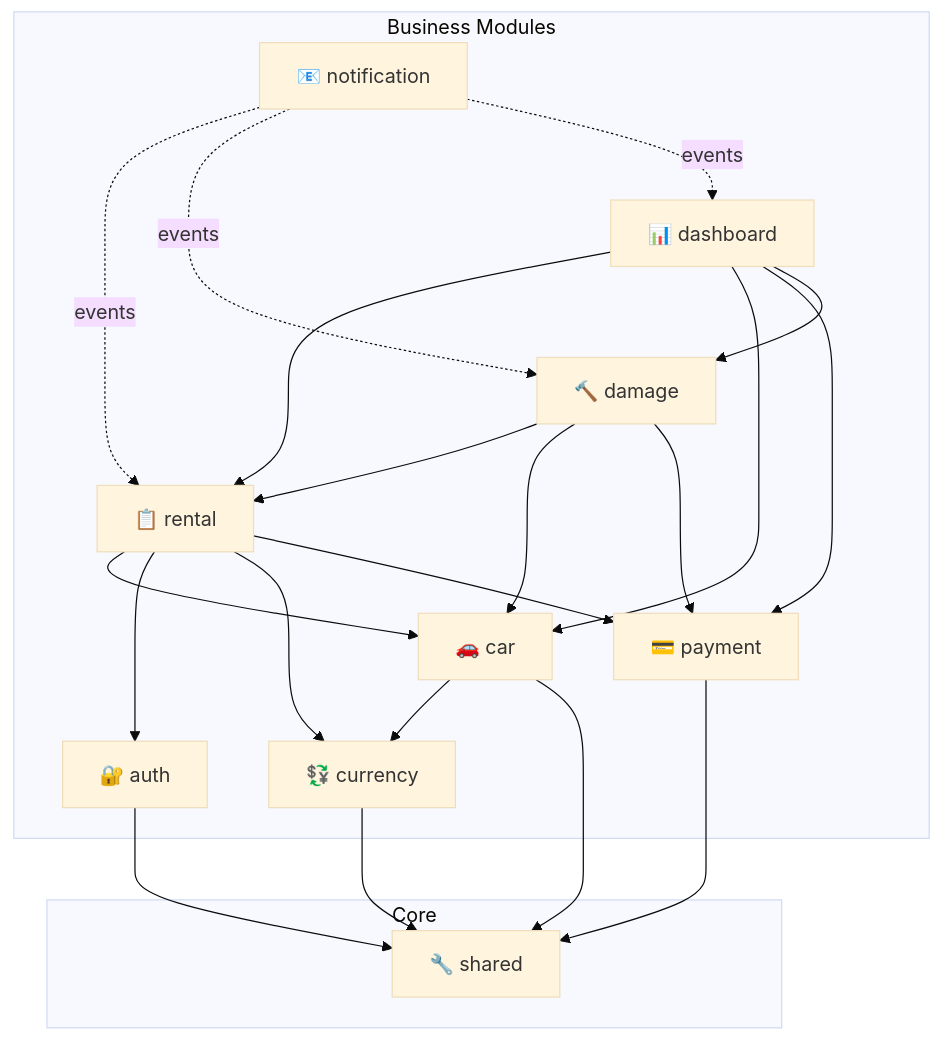
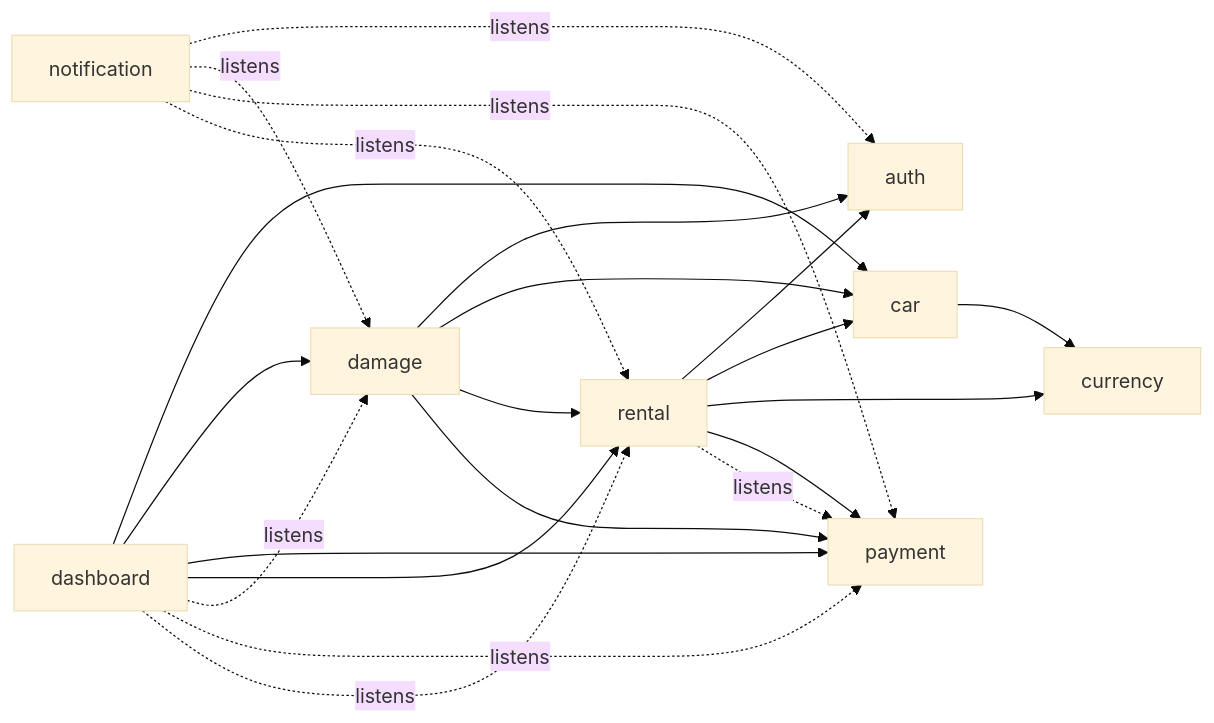
Before and after one commit to TheOdrig/car-rental-api: the diagram in README.md, drawn with Mermaid (base theme). The commit also changed other lines of this file, not shown here.

Commit message:
docs(readme): rewrite the README around the verified architecture and quick start

````diff
--- a/README.md
+++ b/README.md
@@ -33,37 +23,10 @@
 ```mermaid
-graph TD
-    subgraph Core
-        shared[🔧 shared]
-    end
-    
-    subgraph Business Modules
-        auth[🔐 auth]
-        car[🚗 car]
-        currency[💱 currency]
-        rental[📋 rental]
-        damage[🔨 damage]
-        payment[💳 payment]
-        dashboard[📊 dashboard]
-        notification[📧 notification]
-    end
-    
-    auth --> shared
-    currency --> shared
+graph LR
+    rental --> auth & car & currency & payment
     car --> currency
-    car --> shared
-    payment --> shared
-    rental --> car
-    rental --> auth
-    rental --> currency
-    rental --> payment
-    damage --> rental
-    damage --> car
-    damage --> payment
-    dashboard --> rental
-    dashboard --> car
-    dashboard --> payment
-    dashboard --> damage
-    notification -.->|events| rental
-    notification -.->|events| damage
-    notification -.->|events| dashboard
+    damage --> auth & car & rental & payment
+    dashboard --> car & damage & payment & rental
+    notification -.listens.-> auth & damage & payment & rental
+    dashboard -.listens.-> damage & payment & rental
+    rental -.listens.-> payment
 ```
````
